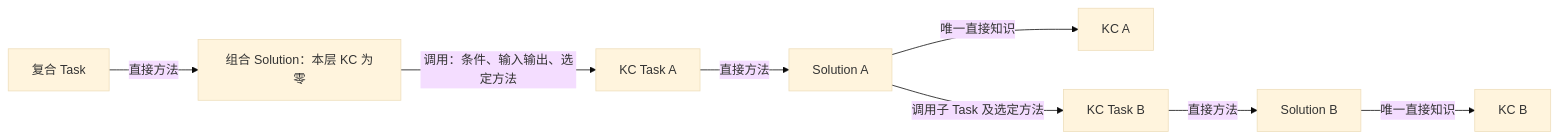
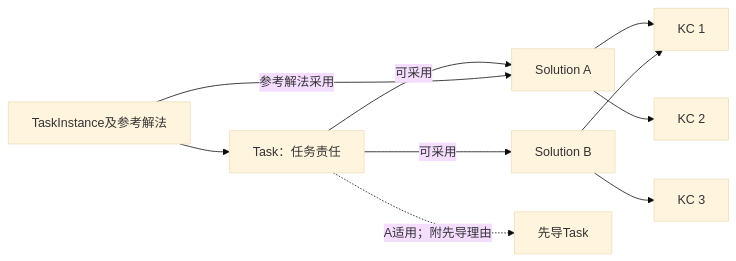
One commit to ivgotcrazy/deermind changed the first of 3 diagrams in doc/mvp/m1/design/Content_and_Model_Reference.md. Above: the diagram before and after it, drawn with Mermaid (base theme). The commit also changed other lines of this file and 126 other files, not shown here.

````diff
--- a/doc/mvp/m1/design/Content_and_Model_Reference.md
+++ b/doc/mvp/m1/design/Content_and_Model_Reference.md
@@ -127,10 +120,12 @@
 ```mermaid
 flowchart LR
-    CT["复合 Task"] -->|"直接方法"| CS["组合 Solution：本层 KC 为零"]
-    CS -->|"调用：条件、输入输出、选定方法"| KT["KC Task A"]
-    KT -->|"直接方法"| KS["Solution A"]
-    KS -->|"唯一直接知识"| K["KC A"]
-    KS -->|"调用子 Task 及选定方法"| KT2["KC Task B"]
-    KT2 -->|"直接方法"| KS2["Solution B"]
-    KS2 -->|"唯一直接知识"| K2["KC B"]
+    T["Task：任务责任"] -->|"可采用"| A["Solution A"]
+    T -->|"可采用"| B["Solution B"]
+    A --> K1["KC 1"]
+    A --> K2["KC 2"]
+    B --> K1
+    B --> K3["KC 3"]
+    T -. "A适用；附先导理由" .-> P["先导Task"]
+    Q["TaskInstance及参考解法"] --> T
+    Q -->|"参考解法采用"| A
 ```
````
